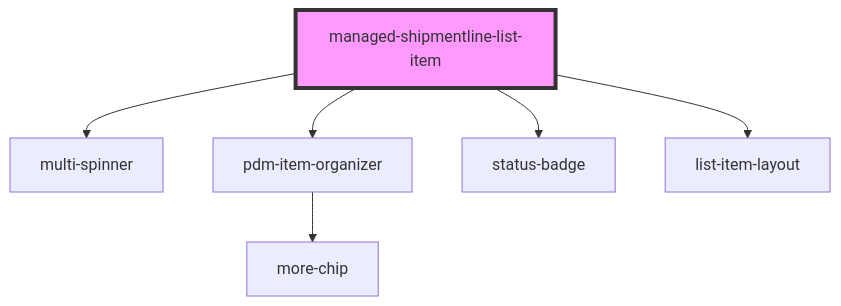
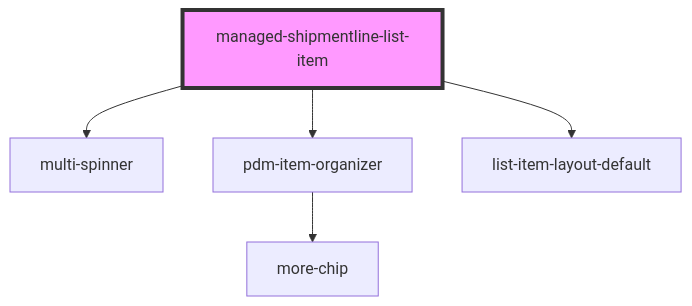
Before and after one commit to PharmaLedger-IMI/fgt-workspace: the diagram in pdm-web-components/src/components/managed-shipmentline-list-item/readme.md, drawn with Mermaid. The commit also changed other lines of this file and 1 other file, not shown here.

Commit message:
refs #51 managed shipment line now implements new layout

````diff
--- a/pdm-web-components/src/components/managed-shipmentline-list-item/readme.md
+++ b/pdm-web-components/src/components/managed-shipmentline-list-item/readme.md
@@ -54,9 +54,8 @@
 ```mermaid
 graph TD;
   managed-shipmentline-list-item --> multi-spinner
   managed-shipmentline-list-item --> pdm-item-organizer
-  managed-shipmentline-list-item --> status-badge
-  managed-shipmentline-list-item --> list-item-layout
+  managed-shipmentline-list-item --> list-item-layout-default
   pdm-item-organizer --> more-chip
   style managed-shipmentline-list-item fill:#f9f,stroke:#333,stroke-width:4px
 ```
````
